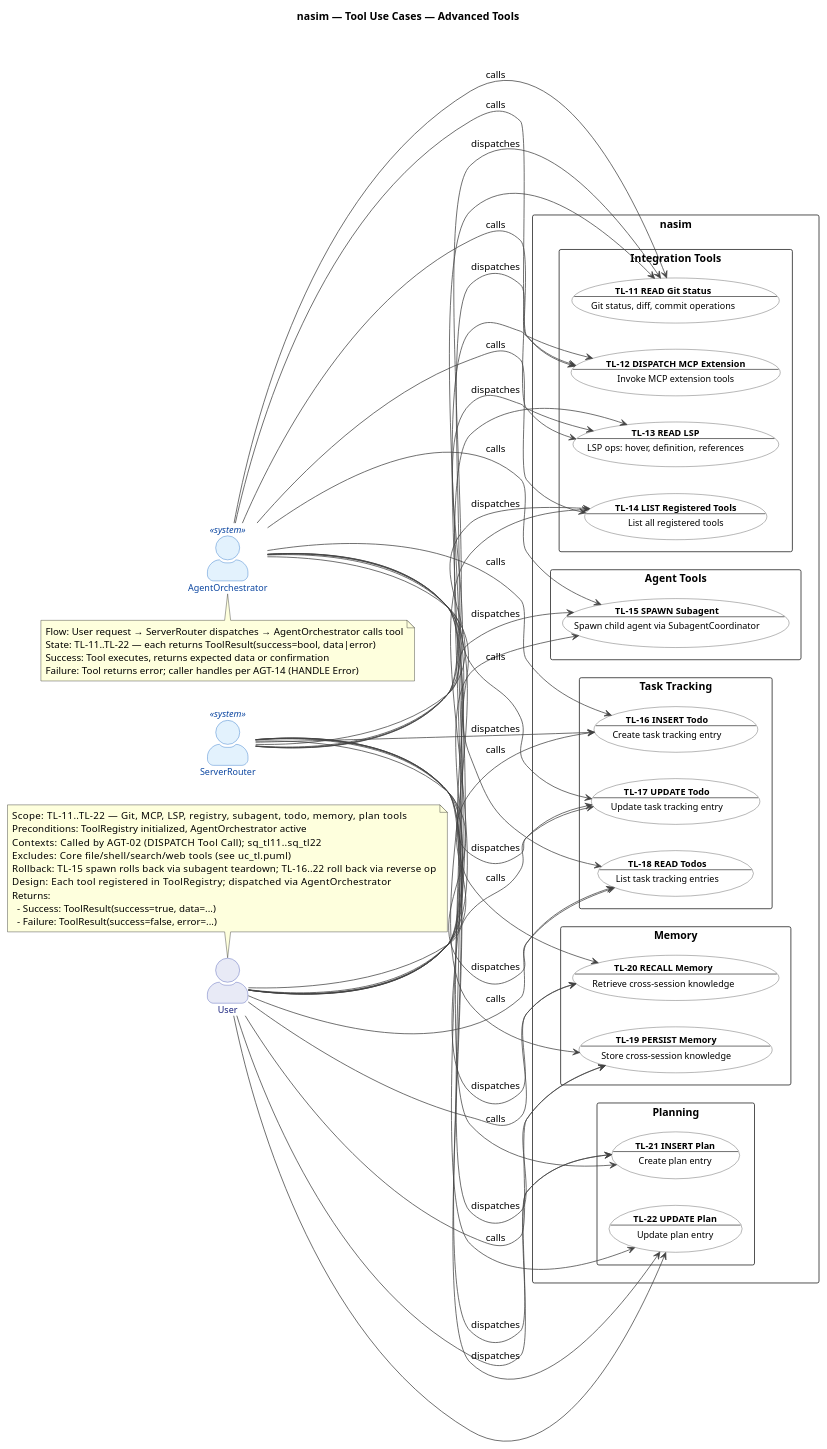
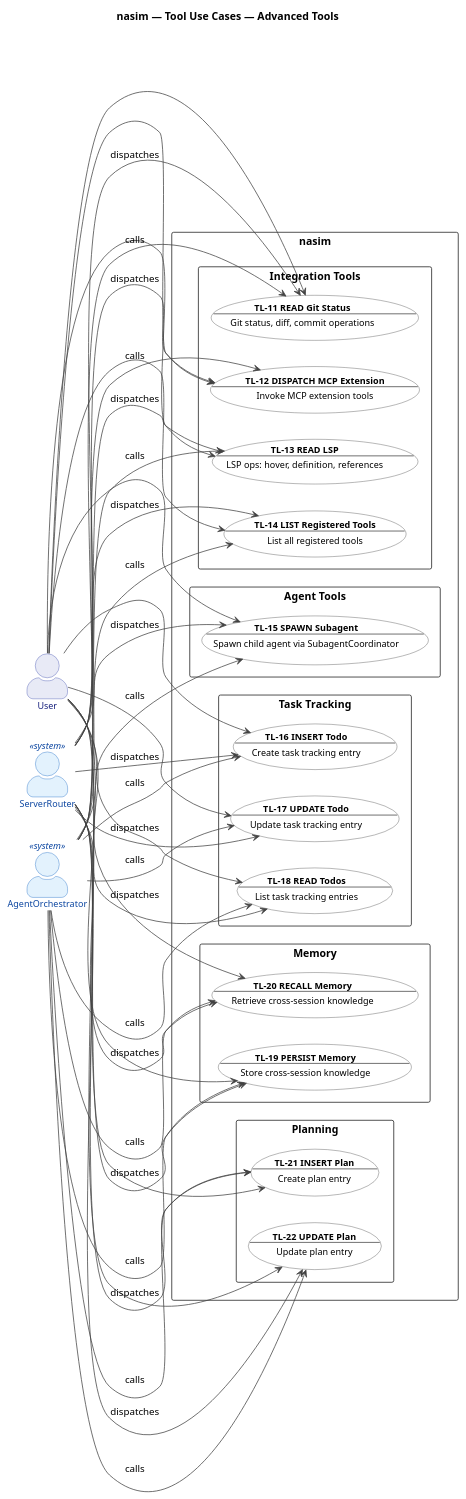
One commit to salimnamvar/nasim changed the diagram in docs/UC/uc_tl_advanced.puml. Above: the diagram before and after it, drawn with PlantUML. The commit also changed 23 other files, not shown here.

First line of the commit message:
docs: Refactor UC diagrams and update merge script paths

```diff
--- a/docs/UC/uc_tl_advanced.puml
+++ b/docs/UC/uc_tl_advanced.puml
@@ -1,145 +1,146 @@
 @startuml uc_tl_advanced
+
 
 ' ============================================================
 ' Title:     nasim — UC: Tool Group — Advanced & Integration Tools
 ' Group:     TL (Tool Layer)
 ' Boundary:  nasim code agent
 ' Purpose:   Advanced tool implementations: git, MCP dispatch, LSP,
 '            registry, subagent, todo, memory, plan.
 '            Entry chain: User → ServerRouter → AgentOrchestrator →
 '            ToolRegistry → Tool implementation
 ' Milestone: v1.0
 ' Version:   9.1.0
 ' Source:    docs/ENTITIES.md, docs/UC/README.md
 ' Review:    CAR refinement loop 2026-06-27
 ' SQ:        sq_tl11..sq_tl22
 ' ============================================================
 
+
 left to right direction
+
 
 title nasim — Tool Use Cases — Advanced Tools
 
+
 skinparam actorStyle awesome
 skinparam packageStyle rectangle
+
 
 skinparam usecase {
   BackgroundColor #FFFFFF
   BorderColor #424242
   FontColor #000000
   ArrowColor #424242
   FontSize 12
 }
 
+
 skinparam actor {
   BackgroundColor #E8EAF6
   BorderColor #3949AB
   FontColor #1A237E
   FontSize 12
 }
 
+
 skinparam actor<<system>> {
   BackgroundColor #E3F2FD
   BorderColor #1565C0
   FontColor #0D47A1
 }
 
+
 ' ============================================================
 ' Actors
 ' ============================================================
+
 
 actor "User" as User
 actor "ServerRouter" as Router <<system>>
 actor "AgentOrchestrator" as Agent <<system>>
 
-note top of User
-  Scope:          TL-11..TL-22 — Git, MCP, LSP, registry, subagent, todo, memory, plan tools
-  Preconditions:  ToolRegistry initialized, AgentOrchestrator active
-  Contexts:       Called by AGT-02 (DISPATCH Tool Call); sq_tl11..sq_tl22
-  Excludes:       Core file/shell/search/web tools (see uc_tl.puml)
-  Rollback:       TL-15 spawn rolls back via subagent teardown; TL-16..22 roll back via reverse op
-  Design:         Each tool registered in ToolRegistry; dispatched via AgentOrchestrator
-  Returns:
-    - Success: ToolResult(success=true, data=...)
-    - Failure: ToolResult(success=false, error=...)
-end note
+
+
 
 ' ============================================================
 ' System Boundary
 ' ============================================================
+
 
 rectangle "nasim" {
   package "Integration Tools" as INT_PKG {
     usecase "**TL-11 READ Git Status**\n--\nGit status, diff, commit operations" as TL11
     usecase "**TL-12 DISPATCH MCP Extension**\n--\nInvoke MCP extension tools" as TL12
     usecase "**TL-13 READ LSP**\n--\nLSP ops: hover, definition, references" as TL13
     usecase "**TL-14 LIST Registered Tools**\n--\nList all registered tools" as TL14
   }
   package "Agent Tools" as AGT_PKG {
     usecase "**TL-15 SPAWN Subagent**\n--\nSpawn child agent via SubagentCoordinator" as TL15
   }
   package "Task Tracking" as TODO_PKG {
     usecase "**TL-16 INSERT Todo**\n--\nCreate task tracking entry" as TL16
     usecase "**TL-17 UPDATE Todo**\n--\nUpdate task tracking entry" as TL17
     usecase "**TL-18 READ Todos**\n--\nList task tracking entries" as TL18
   }
   package "Memory" as MEM_PKG {
     usecase "**TL-19 PERSIST Memory**\n--\nStore cross-session knowledge" as TL19
     usecase "**TL-20 RECALL Memory**\n--\nRetrieve cross-session knowledge" as TL20
   }
   package "Planning" as PLAN_PKG {
     usecase "**TL-21 INSERT Plan**\n--\nCreate plan entry" as TL21
     usecase "**TL-22 UPDATE Plan**\n--\nUpdate plan entry" as TL22
   }
 }
 
+
 ' ============================================================
 ' Actor -> Use Case Associations
 ' ============================================================
+
 
 User --> TL11
 User --> TL12
 User --> TL13
 User --> TL14
 User --> TL15
 User --> TL16
 User --> TL17
 User --> TL18
 User --> TL19
 User --> TL20
 User --> TL21
 User --> TL22
 
+
 Router --> TL11 : dispatches
 Router --> TL12 : dispatches
 Router --> TL13 : dispatches
 Router --> TL14 : dispatches
 Router --> TL15 : dispatches
 Router --> TL16 : dispatches
 Router --> TL17 : dispatches
 Router --> TL18 : dispatches
 Router --> TL19 : dispatches
 Router --> TL20 : dispatches
 Router --> TL21 : dispatches
 Router --> TL22 : dispatches
+
 
 Agent --> TL11 : calls
 Agent --> TL12 : calls
 Agent --> TL13 : calls
 Agent --> TL14 : calls
 Agent --> TL15 : calls
 Agent --> TL16 : calls
 Agent --> TL17 : calls
 Agent --> TL18 : calls
 Agent --> TL19 : calls
 Agent --> TL20 : calls
 Agent --> TL21 : calls
 Agent --> TL22 : calls
 
-note bottom of Agent
-  Flow:   User request → ServerRouter dispatches → AgentOrchestrator calls tool
-  State:  TL-11..TL-22 — each returns ToolResult(success=bool, data|error)
-  Success: Tool executes, returns expected data or confirmation
-  Failure: Tool returns error; caller handles per AGT-14 (HANDLE Error)
-end note
+
+
 
 @enduml
```
